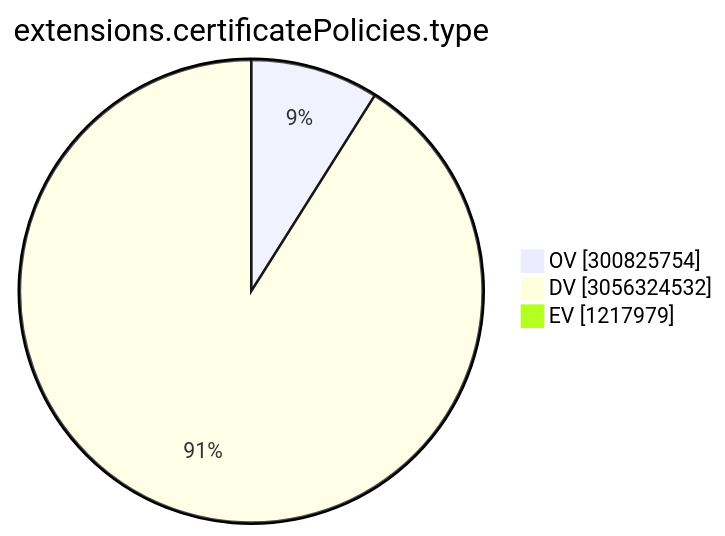
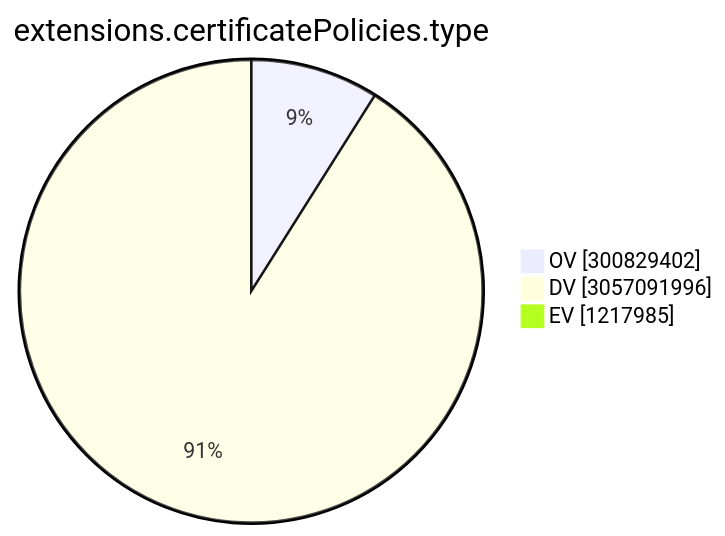
Before and after one commit to christiankrug/ctmonitor_visualization: the ninth of 15 diagrams in TOTAL/README.md, drawn with Mermaid. The commit also changed other lines of this file, not shown here.

````diff
--- a/TOTAL/README.md
+++ b/TOTAL/README.md
@@ -3102,7 +3102,7 @@
 ```mermaid
 pie showData
 title extensions.certificatePolicies.type
-"OV" :300825754
-"DV" :3056324532
-"EV" :1217979
+"OV" :300829402
+"DV" :3057091996
+"EV" :1217985
 ```
````
